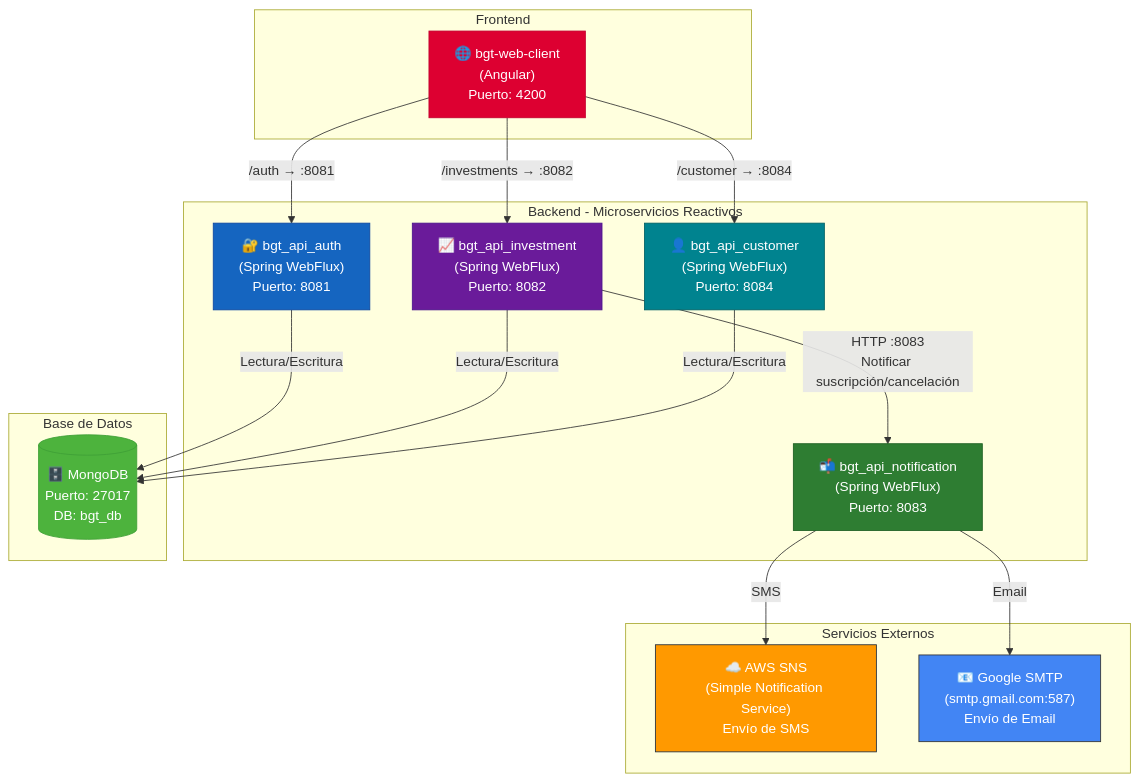
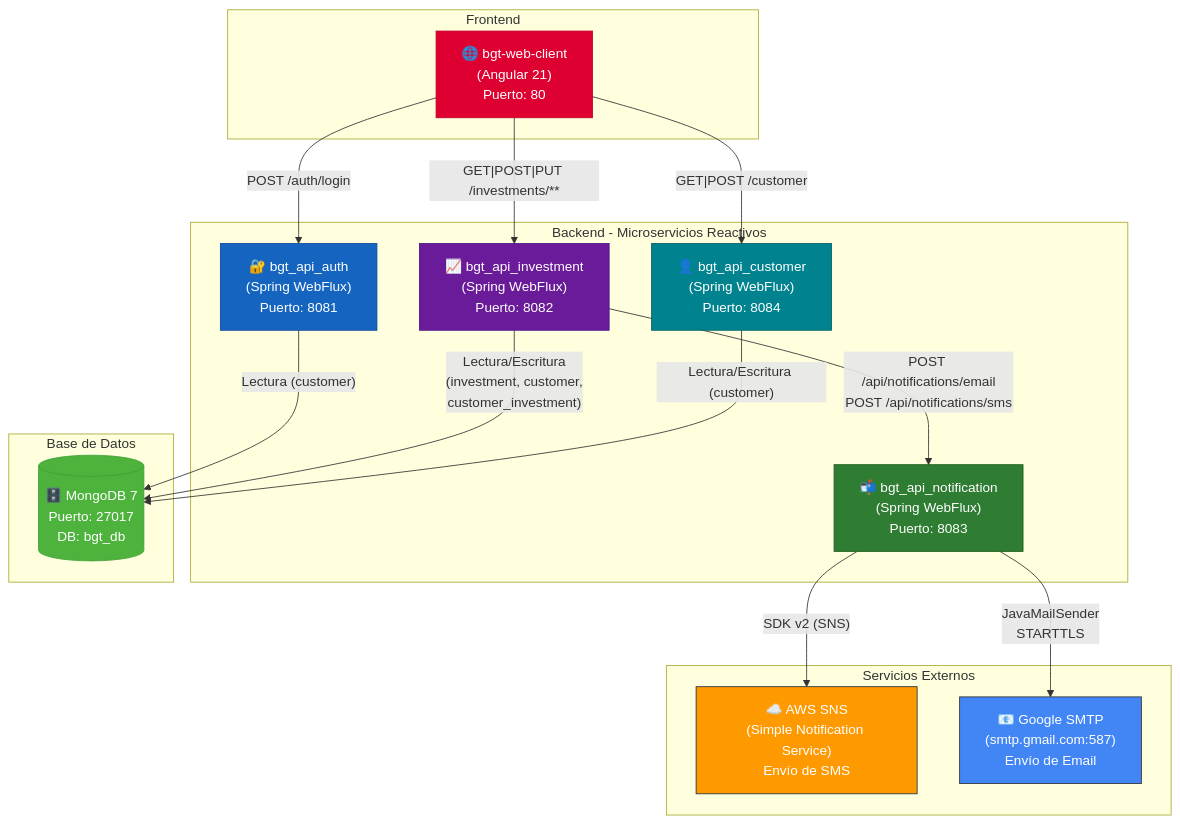
One commit to wilmerescobarb/BTGPactual changed the diagram in README.md. Above: the diagram before and after it, drawn with Mermaid. The commit also changed other lines of this file and 14 other files, not shown here.

````diff
--- a/README.md
+++ b/README.md
@@ -13,44 +30,44 @@
 ```mermaid
 graph TB
     subgraph Frontend
-        WEB["🌐 bgt-web-client<br/>(Angular)<br/>Puerto: 4200"]
+        WEB["🌐 bgt-web-client<br/>(Angular 21)<br/>Puerto: 80"]
     end
 
     subgraph Backend - Microservicios Reactivos
         AUTH["🔐 bgt_api_auth<br/>(Spring WebFlux)<br/>Puerto: 8081"]
         INV["📈 bgt_api_investment<br/>(Spring WebFlux)<br/>Puerto: 8082"]
         NOTIF["📬 bgt_api_notification<br/>(Spring WebFlux)<br/>Puerto: 8083"]
         CUST["👤 bgt_api_customer<br/>(Spring WebFlux)<br/>Puerto: 8084"]
     end
 
     subgraph Base de Datos
-        MONGO[("🗄️ MongoDB<br/>Puerto: 27017<br/>DB: bgt_db")]
+        MONGO[("🗄️ MongoDB 7<br/>Puerto: 27017<br/>DB: bgt_db")]
     end
 
     subgraph Servicios Externos
         AWS["☁️ AWS SNS<br/>(Simple Notification Service)<br/>Envío de SMS"]
         GOOGLE["📧 Google SMTP<br/>(smtp.gmail.com:587)<br/>Envío de Email"]
     end
 
-    WEB -- "/auth → :8081" --> AUTH
-    WEB -- "/investments → :8082" --> INV
-    WEB -- "/customer → :8084" --> CUST
+    WEB -- "POST /auth/login" --> AUTH
+    WEB -- "GET|POST|PUT /investments/**" --> INV
+    WEB -- "GET|POST /customer" --> CUST
 
-    AUTH -- "Lectura/Escritura" --> MONGO
-    INV -- "Lectura/Escritura" --> MONGO
-    CUST -- "Lectura/Escritura" --> MONGO
+    AUTH -- "Lectura (customer)" --> MONGO
+    INV -- "Lectura/Escritura<br/>(investment, customer,<br/>customer_investment)" --> MONGO
+    CUST -- "Lectura/Escritura (customer)" --> MONGO
 
-    INV -- "HTTP :8083<br/>Notificar suscripción/cancelación" --> NOTIF
+    INV -- "POST /api/notifications/email<br/>POST /api/notifications/sms" --> NOTIF
 
-    NOTIF -- "SMS" --> AWS
-    NOTIF -- "Email" --> GOOGLE
+    NOTIF -- "SDK v2 (SNS)" --> AWS
+    NOTIF -- "JavaMailSender<br/>STARTTLS" --> GOOGLE
 
     style AWS fill:#FF9900,stroke:#232F3E,color:#fff
     style GOOGLE fill:#4285F4,stroke:#333,color:#fff
     style NOTIF fill:#2E7D32,stroke:#1B5E20,color:#fff
     style WEB fill:#DD0031,stroke:#C3002F,color:#fff
     style AUTH fill:#1565C0,stroke:#0D47A1,color:#fff
     style INV fill:#6A1B9A,stroke:#4A148C,color:#fff
     style CUST fill:#00838F,stroke:#006064,color:#fff
     style MONGO fill:#4DB33D,stroke:#3FA037,color:#fff
 ```
````
